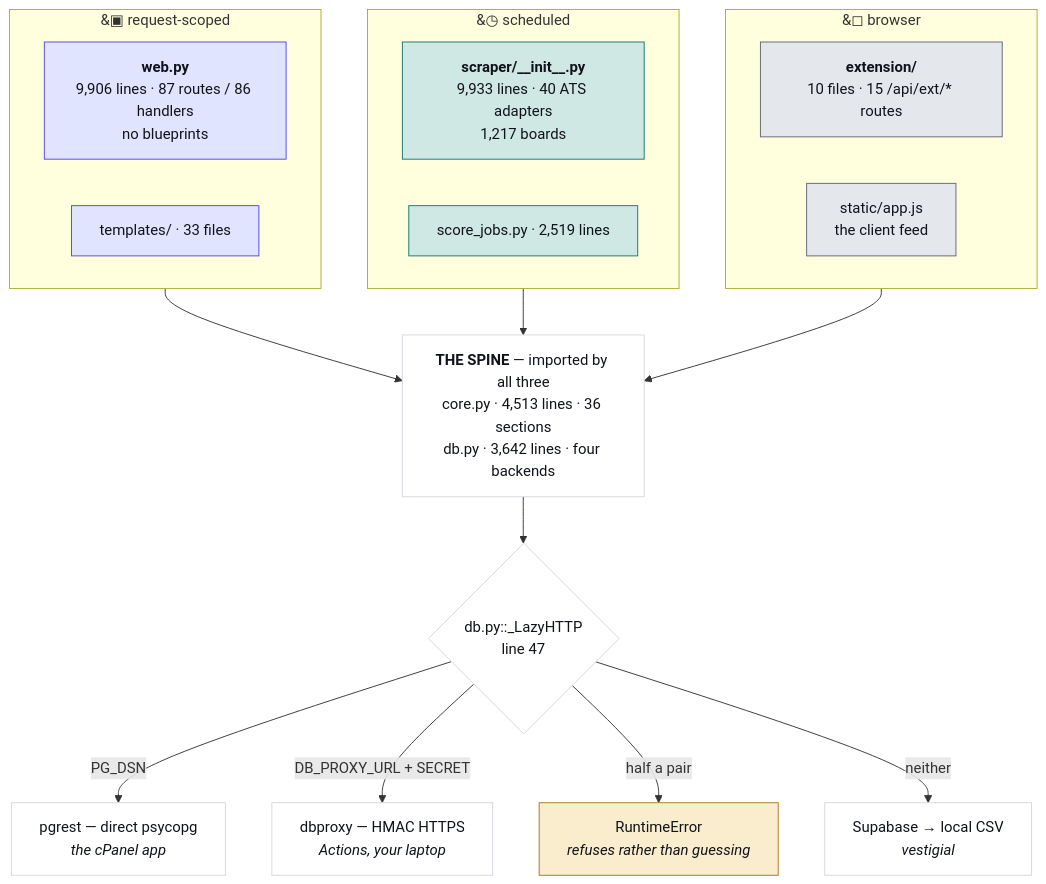
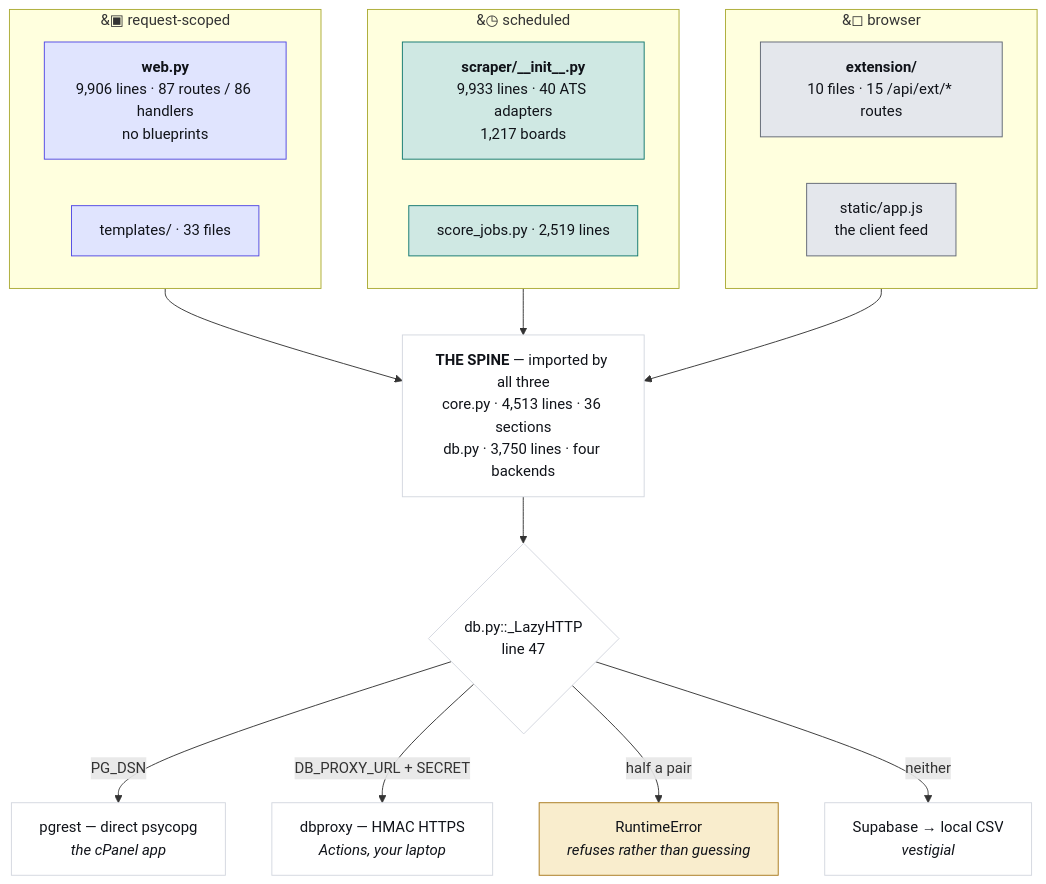
Before and after one commit to hadakunal909-debug/job-search-tool: the first of 4 diagrams in JobMatch Scraper/docs/ARCHITECTURE.md, drawn with Mermaid. The commit also changed 11 other files, not shown here.

````diff
--- a/JobMatch Scraper/docs/ARCHITECTURE.md
+++ b/JobMatch Scraper/docs/ARCHITECTURE.md
@@ -45,34 +45,34 @@
 ```mermaid
 flowchart TB
   subgraph REQ["&#9635; request-scoped"]
     W["<b>web.py</b><br/>9,906 lines · 87 routes / 86 handlers<br/>no blueprints"]
     T["templates/ · 33 files"]
   end
   subgraph SCH["&#9719; scheduled"]
     S["<b>scraper/__init__.py</b><br/>9,933 lines · 40 ATS adapters<br/>1,217 boards"]
     J["score_jobs.py · 2,519 lines"]
   end
   subgraph CLI["&#9723; browser"]
     E["<b>extension/</b><br/>10 files · 15 /api/ext/* routes"]
     A["static/app.js<br/>the client feed"]
   end
-  SPINE["<b>THE SPINE</b> — imported by all three<br/>core.py · 4,513 lines · 36 sections<br/>db.py · 3,642 lines · four backends"]
+  SPINE["<b>THE SPINE</b> — imported by all three<br/>core.py · 4,513 lines · 36 sections<br/>db.py · 3,750 lines · four backends"]
   REQ --> SPINE
   SCH --> SPINE
   CLI --> SPINE
   SPINE --> D{"db.py::_LazyHTTP<br/>line 47"}
   D -->|"PG_DSN"| P["pgrest — direct psycopg<br/><i>the cPanel app</i>"]
   D -->|"DB_PROXY_URL + SECRET"| X["dbproxy — HMAC HTTPS<br/><i>Actions, your laptop</i>"]
   D -->|"half a pair"| R["RuntimeError<br/><i>refuses rather than guessing</i>"]
   D -->|"neither"| V["Supabase → local CSV<br/><i>vestigial</i>"]
   classDef web fill:#e0e4fe,stroke:#4f46e5,color:#101319
   classDef sched fill:#cfe8e3,stroke:#0f766e,color:#101319
   classDef client fill:#e4e7ec,stroke:#5f6573,color:#101319
   classDef trap fill:#f9edcd,stroke:#a8781a,color:#101319
   classDef plain fill:#ffffff,stroke:#d3d7df,color:#101319
   class W,T web
   class S,J sched
   class E,A client
   class R trap
   class SPINE,D,P,X,V plain
 ```
````
